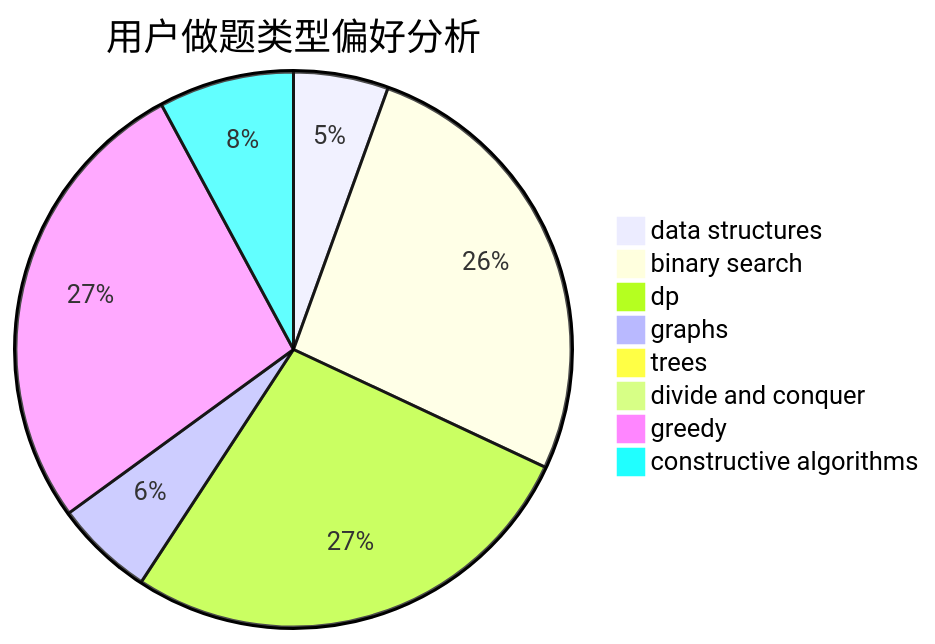
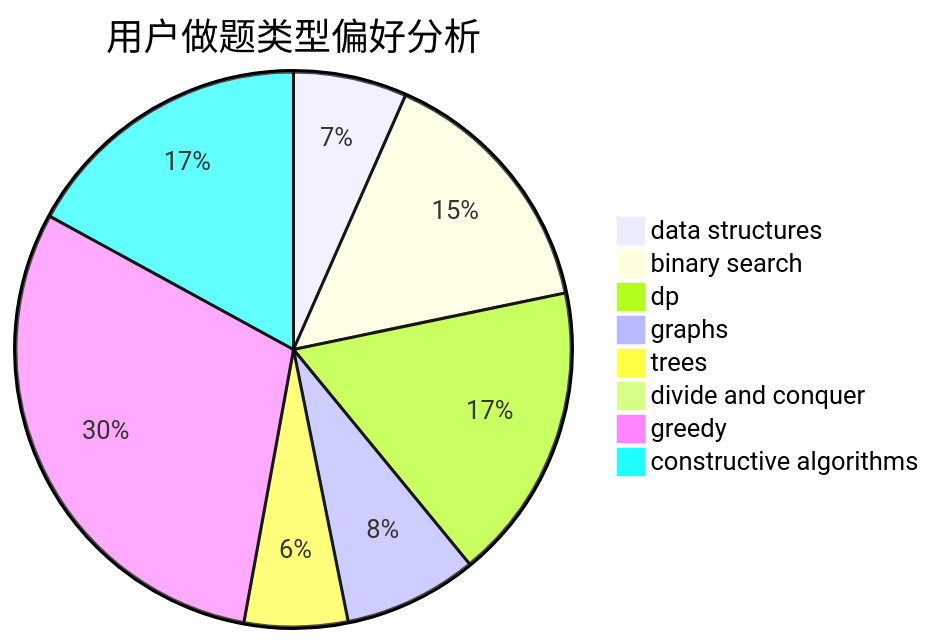
One commit to sherpahu/cfrs.github.io changed the second of 3 diagrams in docs/user/u1135.md. Above: the diagram before and after it, drawn with Mermaid. The commit also changed other lines of this file and 2770 other files, not shown here.

````diff
--- a/docs/user/u1135.md
+++ b/docs/user/u1135.md
@@ -23,11 +23,11 @@
 ```mermaid
 pie title 用户做题类型偏好分析
-    "data structures" :  47
-    "binary search" :  225
-    "dp" :  232
-    "graphs" :  49
-    "trees" :  4
+    "data structures" :  45
+    "binary search" :  103
+    "dp" :  118
+    "graphs" :  53
+    "trees" :  41
     "divide and conquer" :  0
-    "greedy" :  231
-    "constructive algorithms" :  67
+    "greedy" :  205
+    "constructive algorithms" :  116
 ```
````
